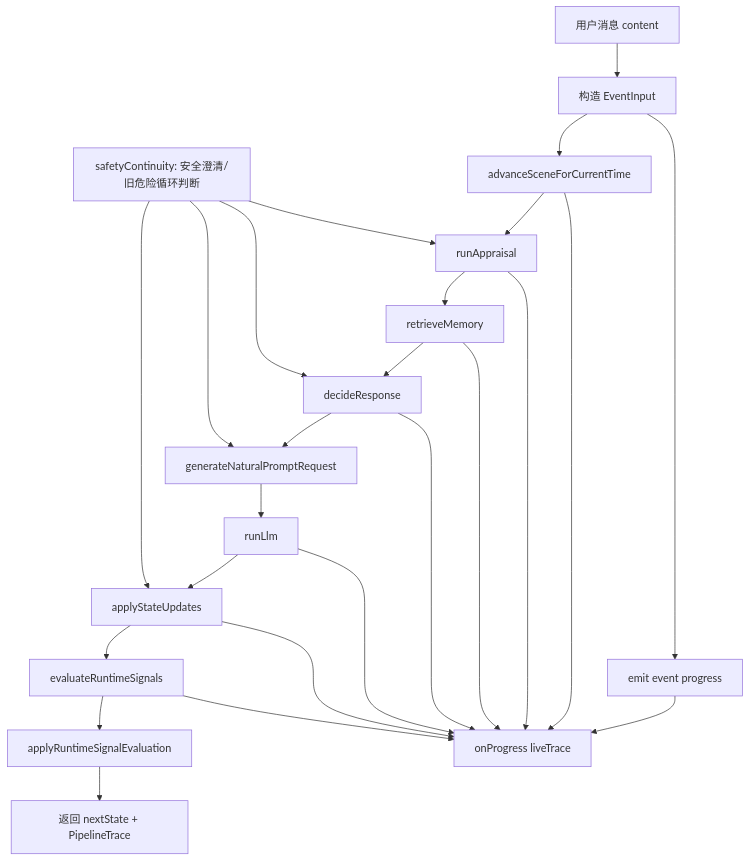
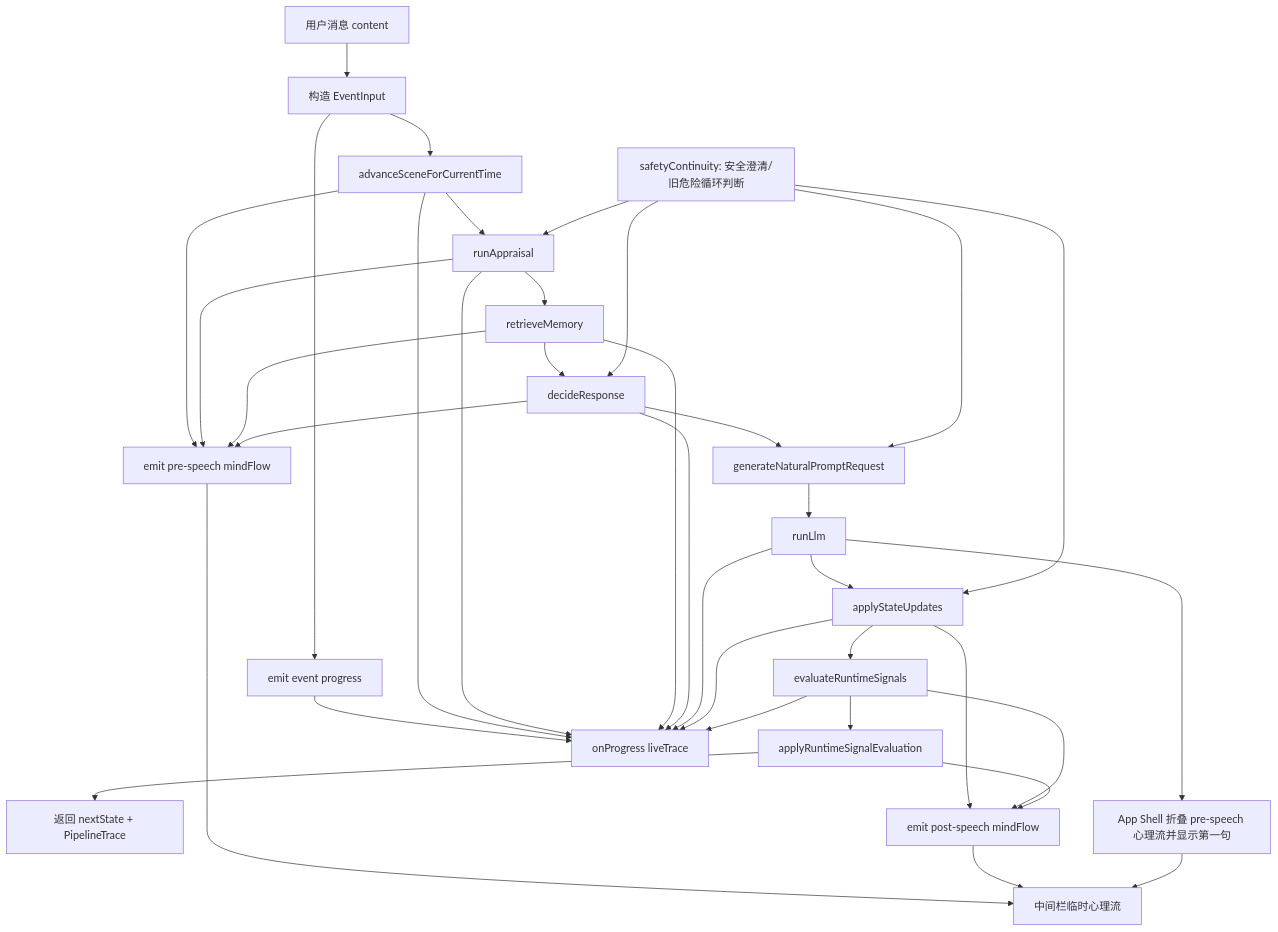
One commit to ttmanthatman/virtual-human-flow changed diagram 23 of 31 in docs/SYSTEM_FLOW.md. Above: the diagram before and after it, drawn with Mermaid. The commit also changed other lines of this file and 12 other files, not shown here.

Commit message:
Add streaming mind flow chat states

````diff
--- a/docs/SYSTEM_FLOW.md
+++ b/docs/SYSTEM_FLOW.md
@@ -579,27 +579,38 @@
 ```mermaid
 flowchart TD
     INPUT["用户消息 content"] --> EVENT["构造 EventInput"]
     EVENT --> PROGRESS1["emit event progress"]
     EVENT --> SCENE["advanceSceneForCurrentTime"]
     SCENE --> APPRAISAL["runAppraisal"]
     APPRAISAL --> MEM["retrieveMemory"]
     MEM --> DECISION["decideResponse"]
     DECISION --> PROMPT["generateNaturalPromptRequest"]
     PROMPT --> REPLY["runLlm"]
     REPLY --> UPDATE["applyStateUpdates"]
     UPDATE --> SIGNAL["evaluateRuntimeSignals"]
     SIGNAL --> APPLY["applyRuntimeSignalEvaluation"]
     APPLY --> RETURN["返回 nextState + PipelineTrace"]
+    SCENE --> MIND["emit pre-speech mindFlow"]
+    APPRAISAL --> MIND
+    MEM --> MIND
+    DECISION --> MIND
+    REPLY --> FOLD["App Shell 折叠 pre-speech 心理流并显示第一句"]
+    UPDATE --> POSTMIND["emit post-speech mindFlow"]
+    SIGNAL --> POSTMIND
+    APPLY --> POSTMIND
     SAFETY["safetyContinuity: 安全澄清/旧危险循环判断"] --> APPRAISAL
     SAFETY --> DECISION
     SAFETY --> PROMPT
     SAFETY --> UPDATE
     PROGRESS1 --> TRACE["onProgress liveTrace"]
     SCENE --> TRACE
+    MIND --> CHAT["中间栏临时心理流"]
+    POSTMIND --> CHAT
+    FOLD --> CHAT
     APPRAISAL --> TRACE
     MEM --> TRACE
     DECISION --> TRACE
     REPLY --> TRACE
     UPDATE --> TRACE
     SIGNAL --> TRACE
 ```
````
